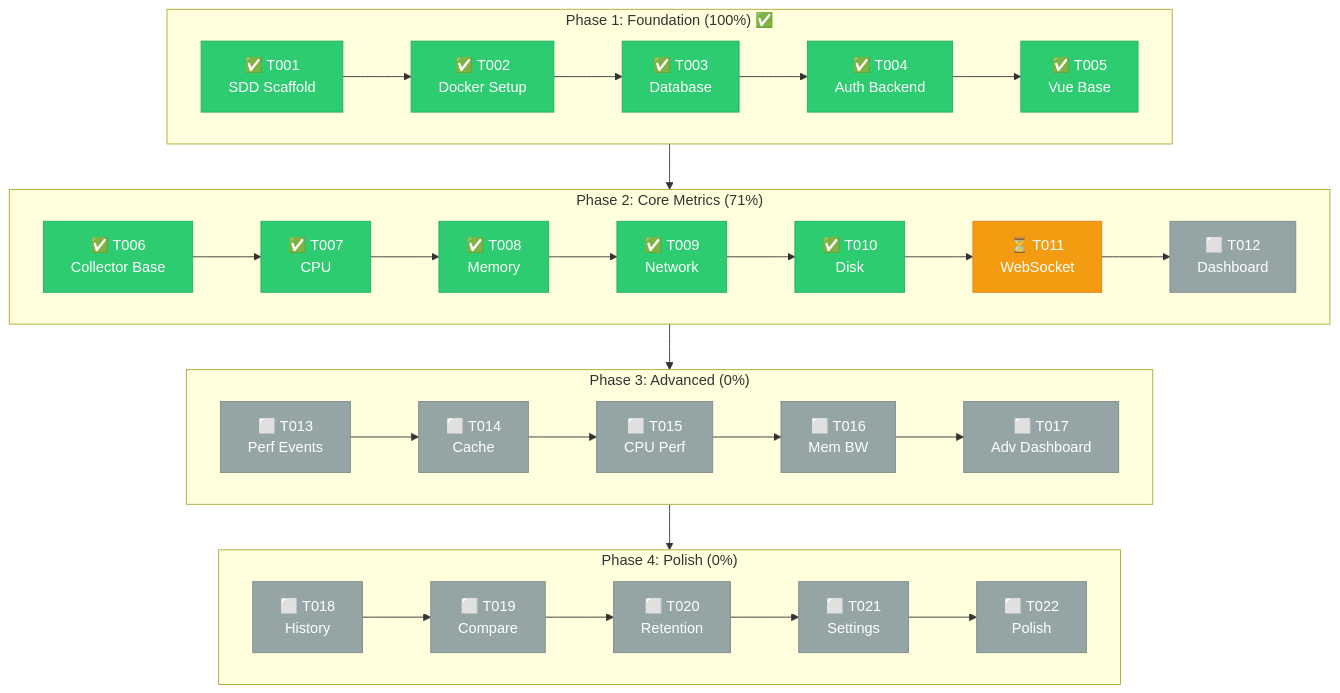
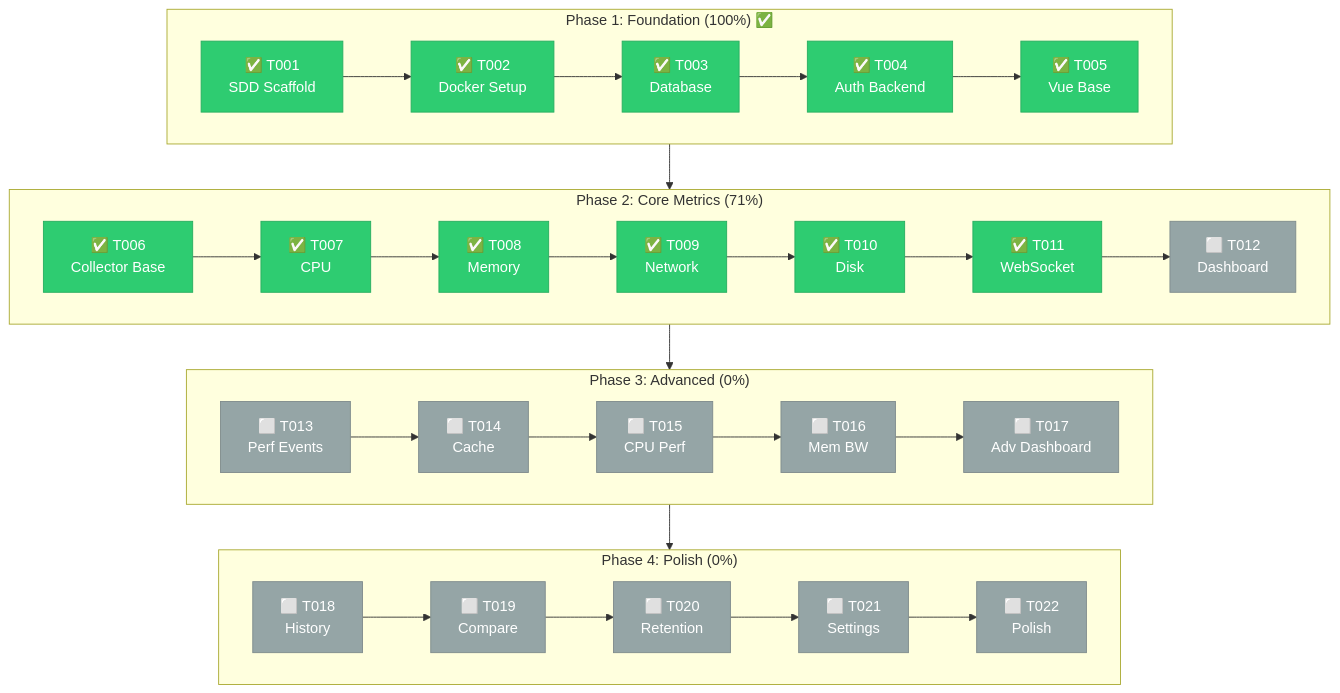
One commit to zhyndalf/perfwatch changed the diagram in README.md. Above: the diagram before and after it, drawn with Mermaid. The commit also changed other lines of this file and 4 other files, not shown here.

````diff
--- a/README.md
+++ b/README.md
@@ -19,51 +19,50 @@
 ```mermaid
 flowchart TB
     subgraph P1["Phase 1: Foundation (100%) ✅"]
         T001["✅ T001<br/>SDD Scaffold"]
         T002["✅ T002<br/>Docker Setup"]
         T003["✅ T003<br/>Database"]
         T004["✅ T004<br/>Auth Backend"]
         T005["✅ T005<br/>Vue Base"]
         T001 --> T002 --> T003 --> T004 --> T005
     end
 
     subgraph P2["Phase 2: Core Metrics (71%)"]
         T006["✅ T006<br/>Collector Base"]
         T007["✅ T007<br/>CPU"]
         T008["✅ T008<br/>Memory"]
         T009["✅ T009<br/>Network"]
         T010["✅ T010<br/>Disk"]
-        T011["⏳ T011<br/>WebSocket"]
+        T011["✅ T011<br/>WebSocket"]
         T012["⬜ T012<br/>Dashboard"]
         T006 --> T007 --> T008 --> T009 --> T010 --> T011 --> T012
     end
 
     subgraph P3["Phase 3: Advanced (0%)"]
         T013["⬜ T013<br/>Perf Events"]
         T014["⬜ T014<br/>Cache"]
         T015["⬜ T015<br/>CPU Perf"]
         T016["⬜ T016<br/>Mem BW"]
         T017["⬜ T017<br/>Adv Dashboard"]
         T013 --> T014 --> T015 --> T016 --> T017
     end
 
     subgraph P4["Phase 4: Polish (0%)"]
         T018["⬜ T018<br/>History"]
         T019["⬜ T019<br/>Compare"]
         T020["⬜ T020<br/>Retention"]
         T021["⬜ T021<br/>Settings"]
         T022["⬜ T022<br/>Polish"]
         T018 --> T019 --> T020 --> T021 --> T022
     end
 
     P1 --> P2 --> P3 --> P4
 
     %% Styles
     classDef done fill:#2ecc71,stroke:#27ae60,color:#fff
     classDef progress fill:#f39c12,stroke:#e67e22,color:#fff
     classDef todo fill:#95a5a6,stroke:#7f8c8d,color:#fff
 
-    class T001,T002,T003,T004,T005,T006,T007,T008,T009,T010 done
-    class T011 progress
+    class T001,T002,T003,T004,T005,T006,T007,T008,T009,T010,T011 done
     class T012,T013,T014,T015,T016,T017,T018,T019,T020,T021,T022 todo
 ```
````
